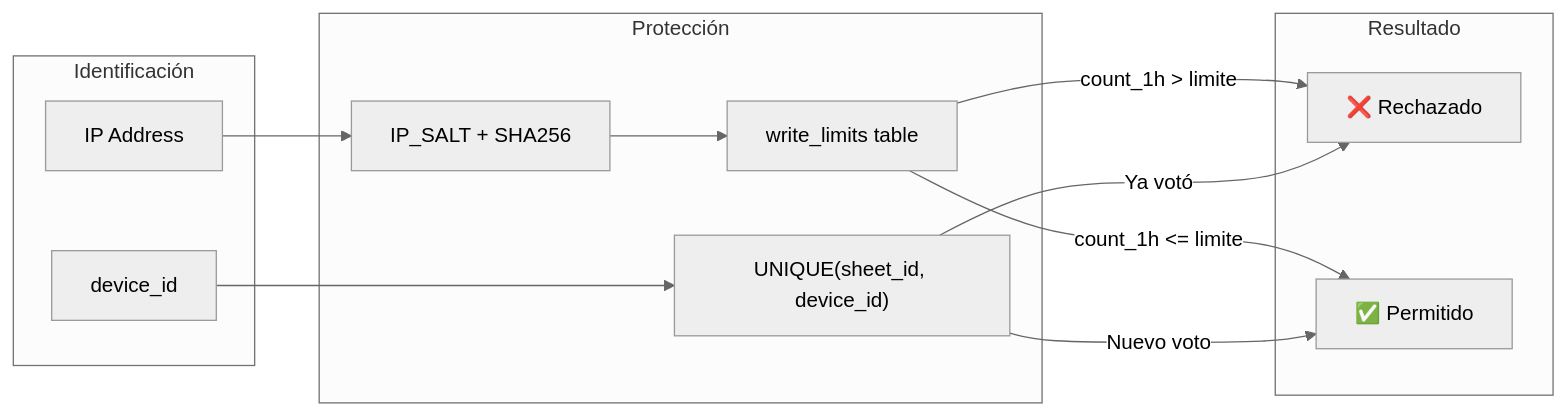
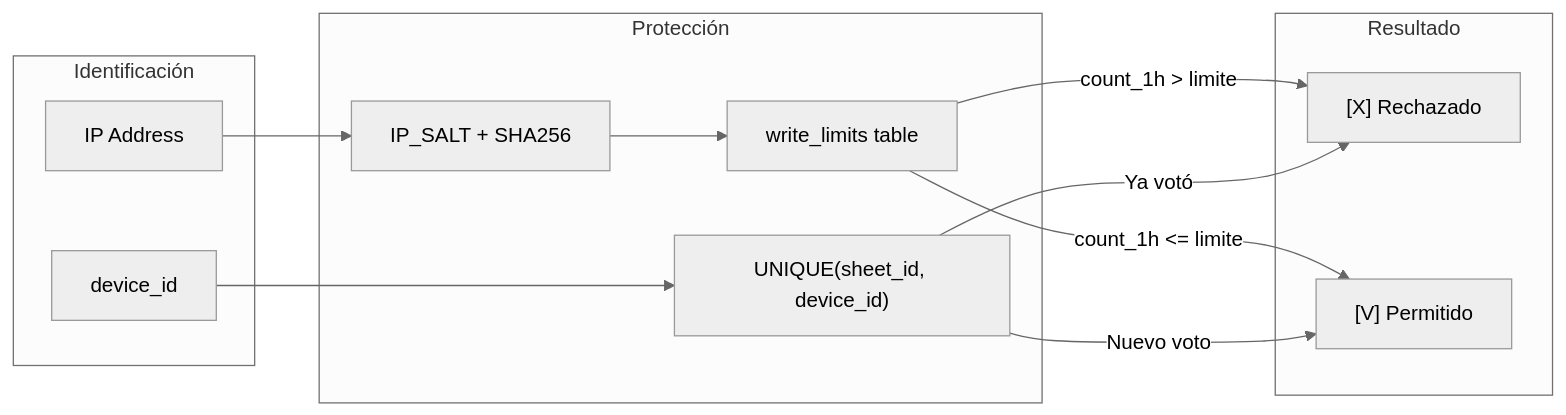
One commit to ccUnicode/TrikaWeb changed the tenth of 10 diagrams in docs/flujos.md. Above: the diagram before and after it, drawn with Mermaid (neutral theme). The commit also changed other lines of this file and 5 other files, not shown here.

````diff
--- a/docs/flujos.md
+++ b/docs/flujos.md
@@ -271,27 +271,27 @@
 ```mermaid
 flowchart LR
     subgraph Identificación
         IP[IP Address]
         DEVICE[device_id]
     end
     
     subgraph Protección
         HASH["IP_SALT + SHA256"]
         LIMIT["write_limits table"]
         UNIQUE["UNIQUE(sheet_id, device_id)"]
     end
     
     subgraph Resultado
-        BLOCK["❌ Rechazado"]
-        ALLOW["✅ Permitido"]
+        BLOCK["[X] Rechazado"]
+        ALLOW["[V] Permitido"]
     end
     
     IP --> HASH
     HASH --> LIMIT
     DEVICE --> UNIQUE
     
     LIMIT -->|"count_1h > limite"| BLOCK
     LIMIT -->|"count_1h <= limite"| ALLOW
     UNIQUE -->|"Ya votó"| BLOCK
     UNIQUE -->|"Nuevo voto"| ALLOW
 ```
````
